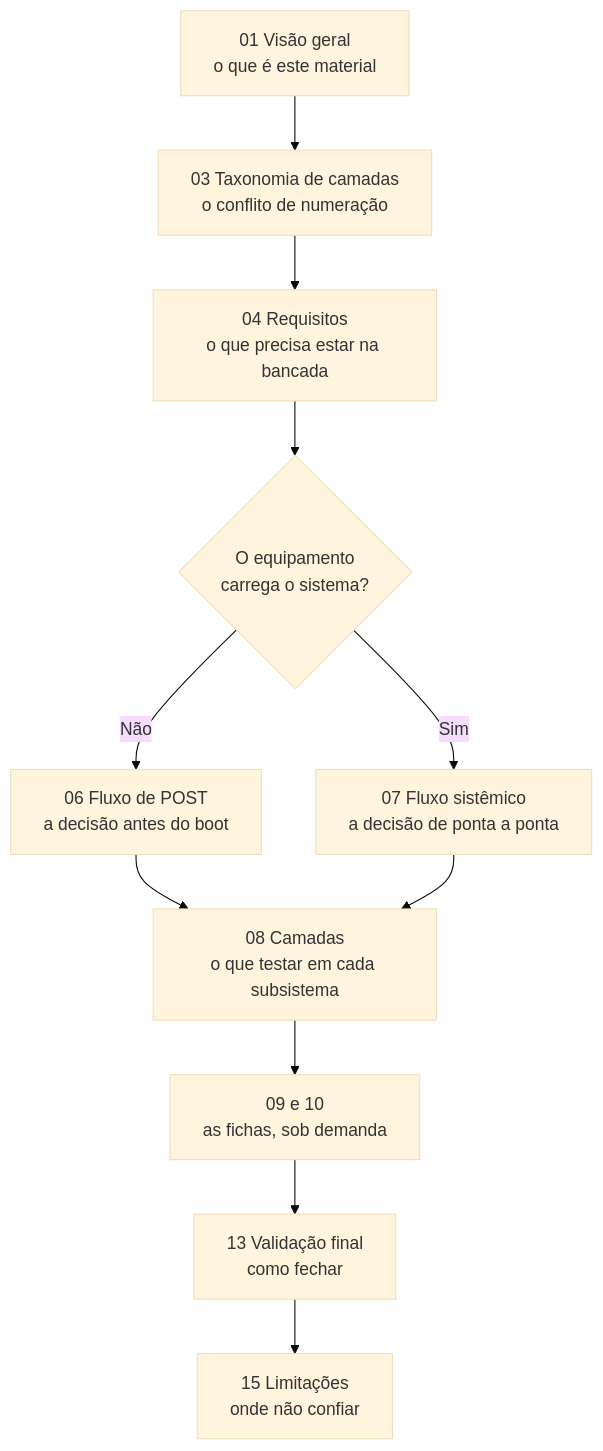
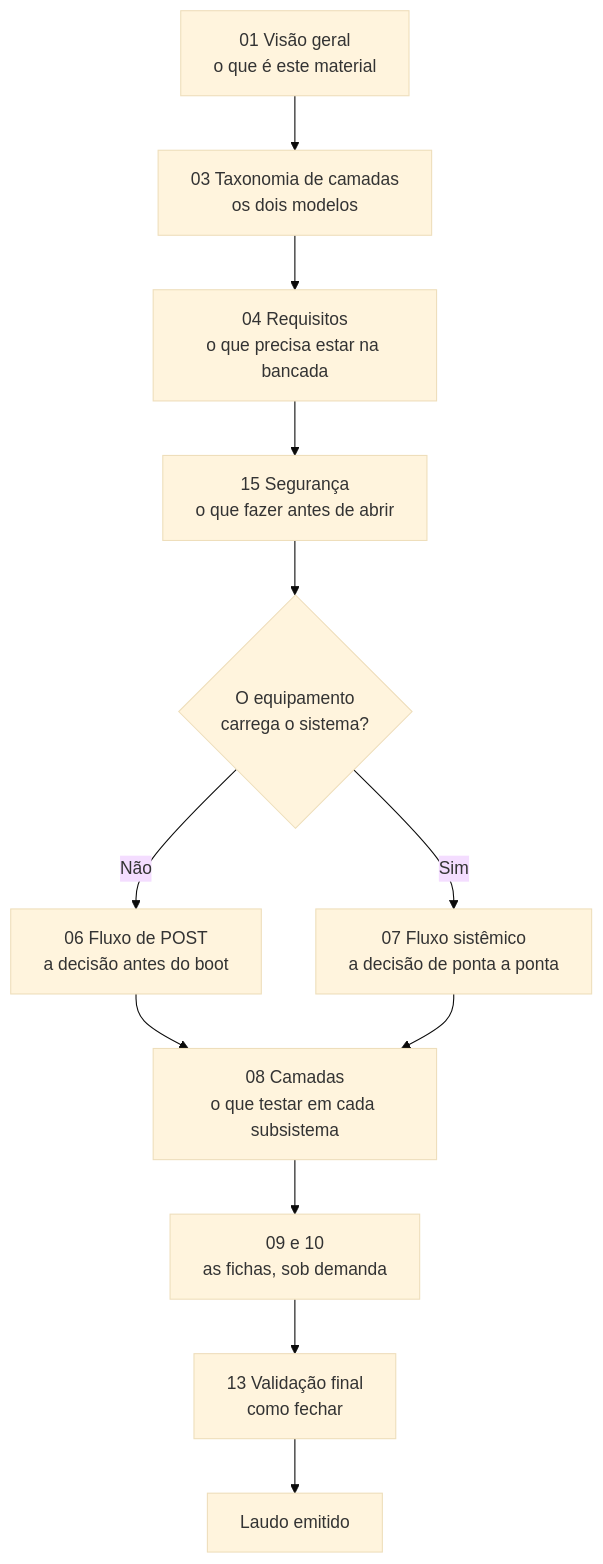
Before and after one commit to edsilas/base-diagnostico-hardware: the diagram in docs/05-utilizacao.md, drawn with Mermaid (base theme). The commit also changed other lines of this file and 52 other files, not shown here.

````diff
--- a/docs/05-utilizacao.md
+++ b/docs/05-utilizacao.md
@@ -57,13 +62,14 @@
 ```mermaid
 flowchart TD
-    A["01 Visão geral<br/>o que é este material"] --> B["03 Taxonomia de camadas<br/>o conflito de numeração"]
+    A["01 Visão geral<br/>o que é este material"] --> B["03 Taxonomia de camadas<br/>os dois modelos"]
     B --> C["04 Requisitos<br/>o que precisa estar na bancada"]
-    C --> D{"O equipamento<br/>carrega o sistema?"}
+    C --> S["15 Segurança<br/>o que fazer antes de abrir"]
+    S --> D{"O equipamento<br/>carrega o sistema?"}
     D -->|"Não"| E["06 Fluxo de POST<br/>a decisão antes do boot"]
     D -->|"Sim"| F["07 Fluxo sistêmico<br/>a decisão de ponta a ponta"]
     E --> G["08 Camadas<br/>o que testar em cada subsistema"]
     F --> G
     G --> H["09 e 10<br/>as fichas, sob demanda"]
     H --> I["13 Validação final<br/>como fechar"]
-    I --> J["15 Limitações<br/>onde não confiar"]
+    I --> J["Laudo emitido"]
 ```
````
